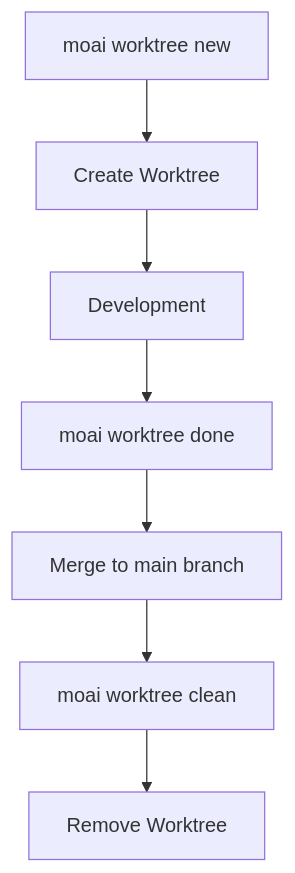
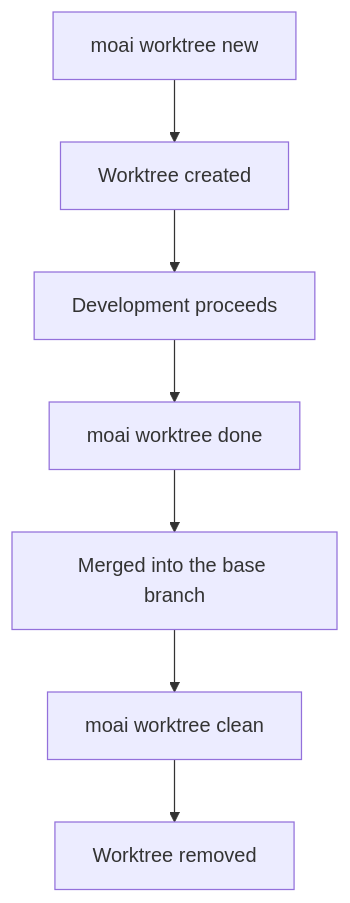
One commit to modu-ai/moai-adk changed the diagram in docs-site/content/en/getting-started/cli.md. Above: the diagram before and after it, drawn with Mermaid. The commit also changed other lines of this file and 395 other files, not shown here.

````diff
--- a/docs-site/content/en/getting-started/cli.md
+++ b/docs-site/content/en/getting-started/cli.md
@@ -553,9 +553,9 @@
 ```mermaid
 flowchart TD
-    A[moai worktree new] --> B[Create Worktree]
-    B --> C[Development]
+    A[moai worktree new] --> B[Worktree created]
+    B --> C[Development proceeds]
     C --> D[moai worktree done]
-    D --> E[Merge to main branch]
+    D --> E[Merged into the base branch]
     E --> F[moai worktree clean]
-    F --> G[Remove Worktree]
+    F --> G[Worktree removed]
 ```
````
